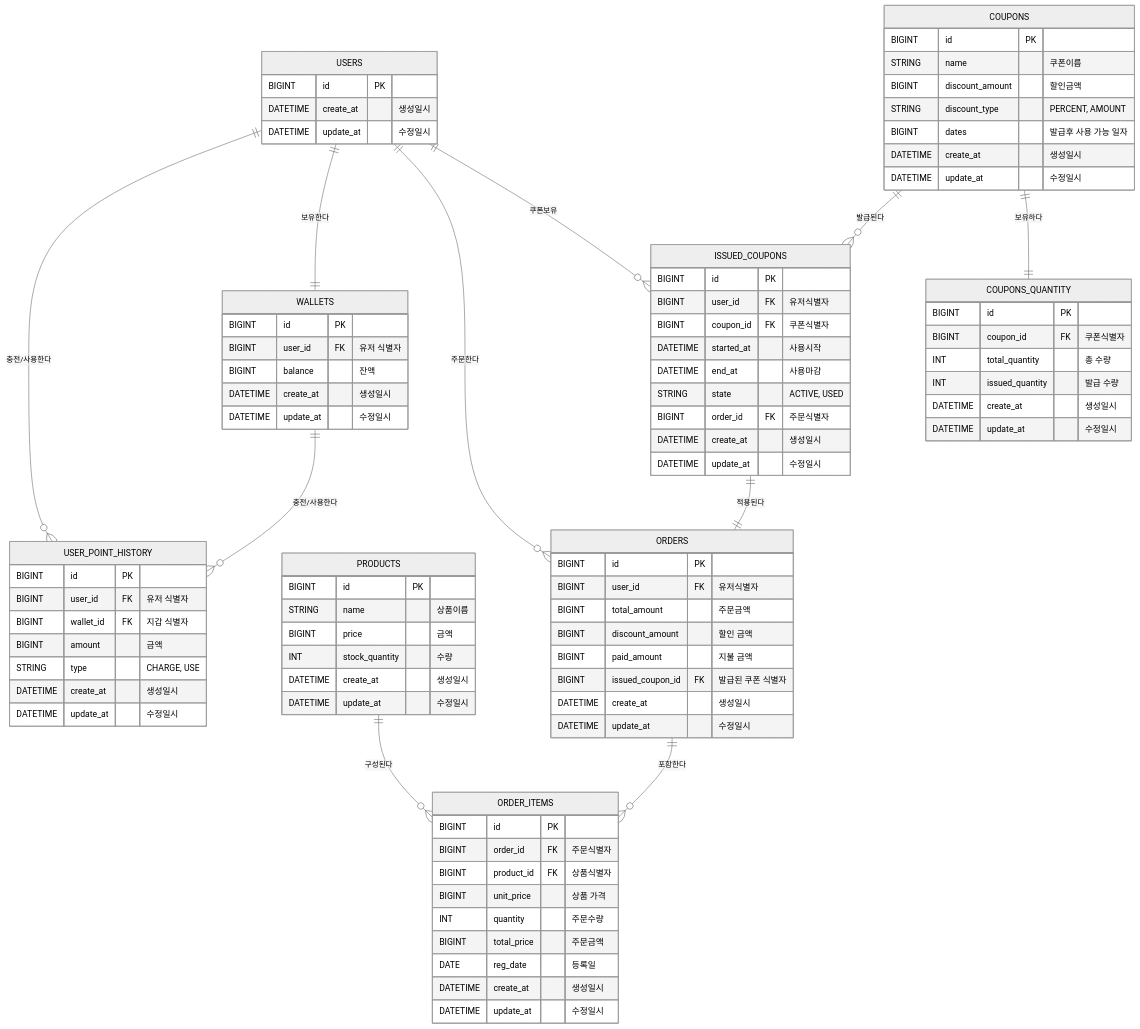
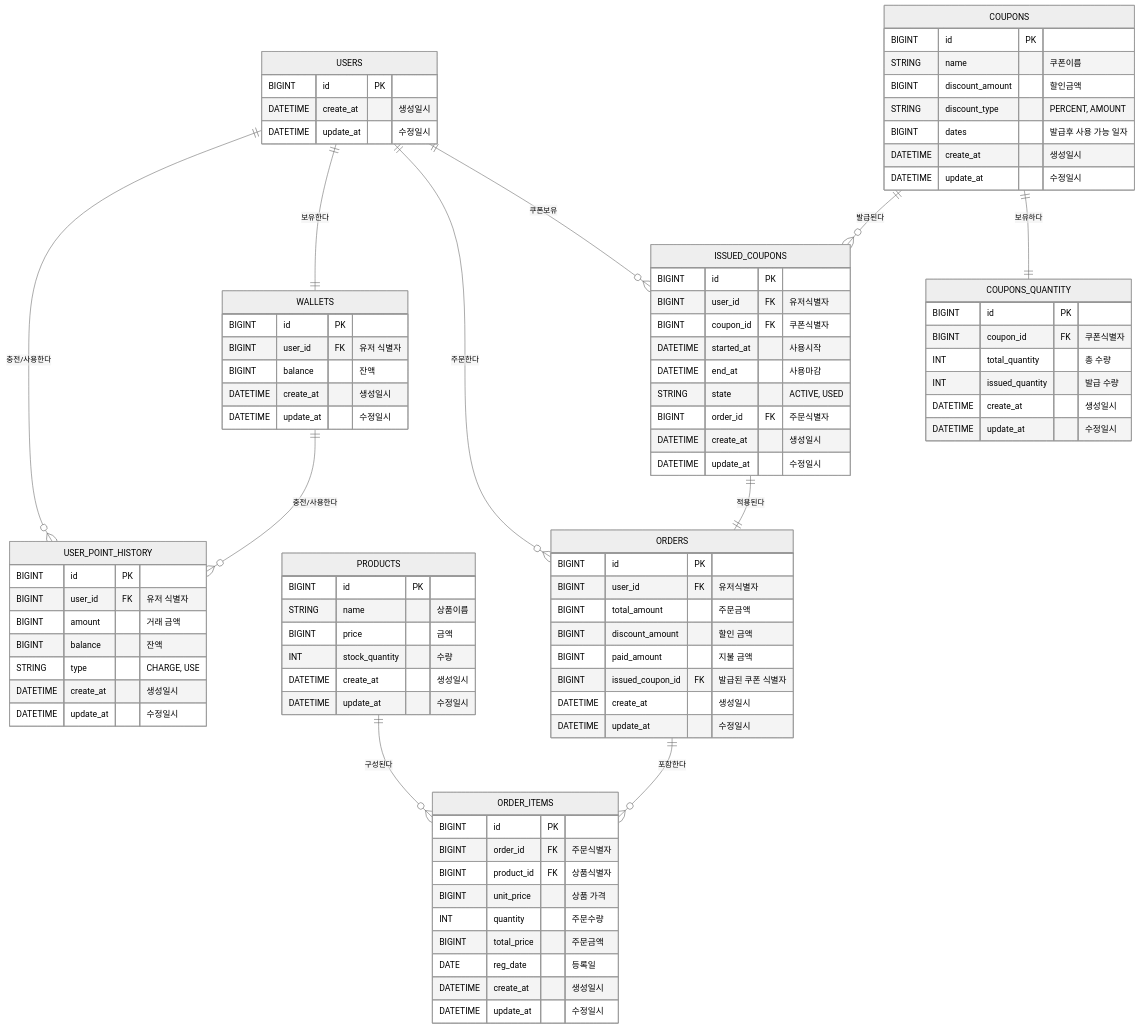
Before and after one commit to HyunJng/e-commerce: the diagram in docs/erd-diagram.md, drawn with Mermaid (neutral theme). The commit also changed 20 other files, not shown here.

```diff
--- a/docs/erd-diagram.md
+++ b/docs/erd-diagram.md
@@ -20,8 +20,8 @@
     USER_POINT_HISTORY {
         BIGINT id PK
         BIGINT user_id FK "유저 식별자"
-        BIGINT wallet_id FK "지갑 식별자"
-        BIGINT amount "금액"
+        BIGINT amount "거래 금액"
+        BIGINT balance "잔액"
         STRING type "CHARGE, USE"
         DATETIME create_at "생성일시"
         DATETIME update_at "수정일시"    }
```
